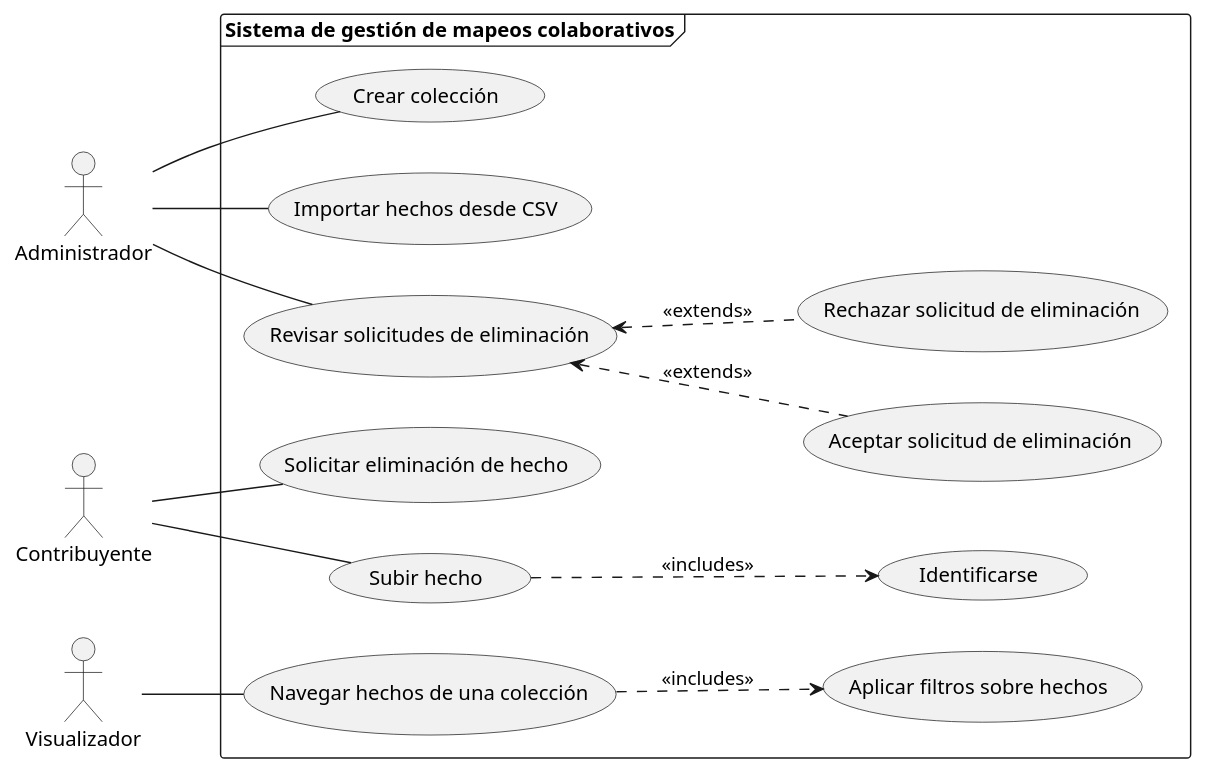
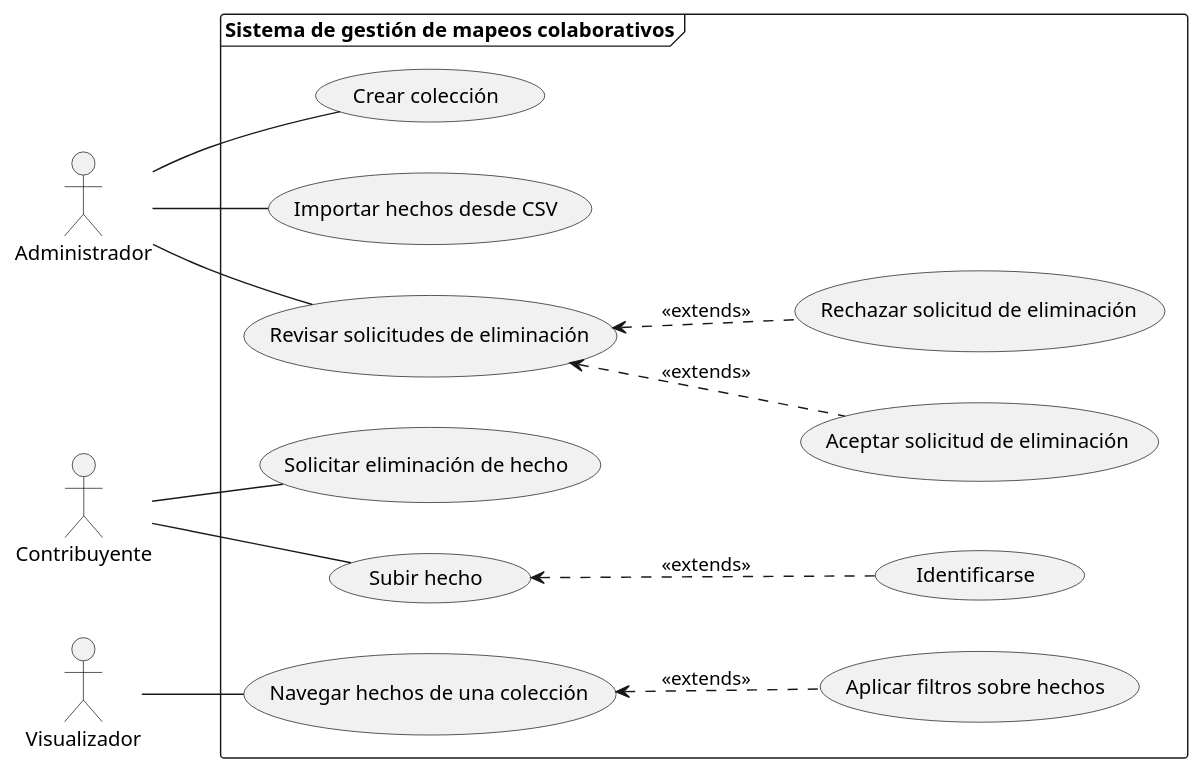
The diagram in src/Diagrama de casos de uso.puml (MarianelaBen/MetaMapa-Collaborative-System), drawn with PlantUML before and after one commit. The commit also changed 1 other file, not shown here.

Commit message:
diagramas de casos de uso y de clases modificados

```diff
--- a/src/Diagrama de casos de uso.puml
+++ b/src/Diagrama de casos de uso.puml
@@ -1,40 +1,40 @@
 @startuml
 
 left to right direction
 
 actor Administrador
 actor Contribuyente
 actor Visualizador
 
 frame "Sistema de gestión de mapeos colaborativos" {
 
   (Crear colección) as CrearColeccion
   (Importar hechos desde CSV) as ImportarCSV
   (Revisar solicitudes de eliminación) as RevisarSolicitudes
   (Aceptar solicitud de eliminación) as AceptarEliminacion
   (Rechazar solicitud de eliminación) as RechazarEliminacion
 
   (Solicitar eliminación de hecho) as SolicitarEliminacion
   (Subir hecho) as SubirHecho
   (Identificarse) as Identificarse
 
   (Navegar hechos de una colección) as NavegarHechos
   (Aplicar filtros sobre hechos) as AplicarFiltros
 
   ' Relaciones de actores
   Administrador -- CrearColeccion
   Administrador -- ImportarCSV
   Administrador -- RevisarSolicitudes
 
   RevisarSolicitudes <.. AceptarEliminacion : <<extends>>
   RevisarSolicitudes <.. RechazarEliminacion : <<extends>>
 
   Contribuyente -- SolicitarEliminacion
   Contribuyente -- SubirHecho
-  SubirHecho ..> Identificarse : <<includes>>
+  SubirHecho <.. Identificarse : <<extends>>
 
   Visualizador -- NavegarHechos
-  NavegarHechos ..> AplicarFiltros : <<includes>>
+  NavegarHechos <.. AplicarFiltros : <<extends>>
 }
 
 @enduml
```
